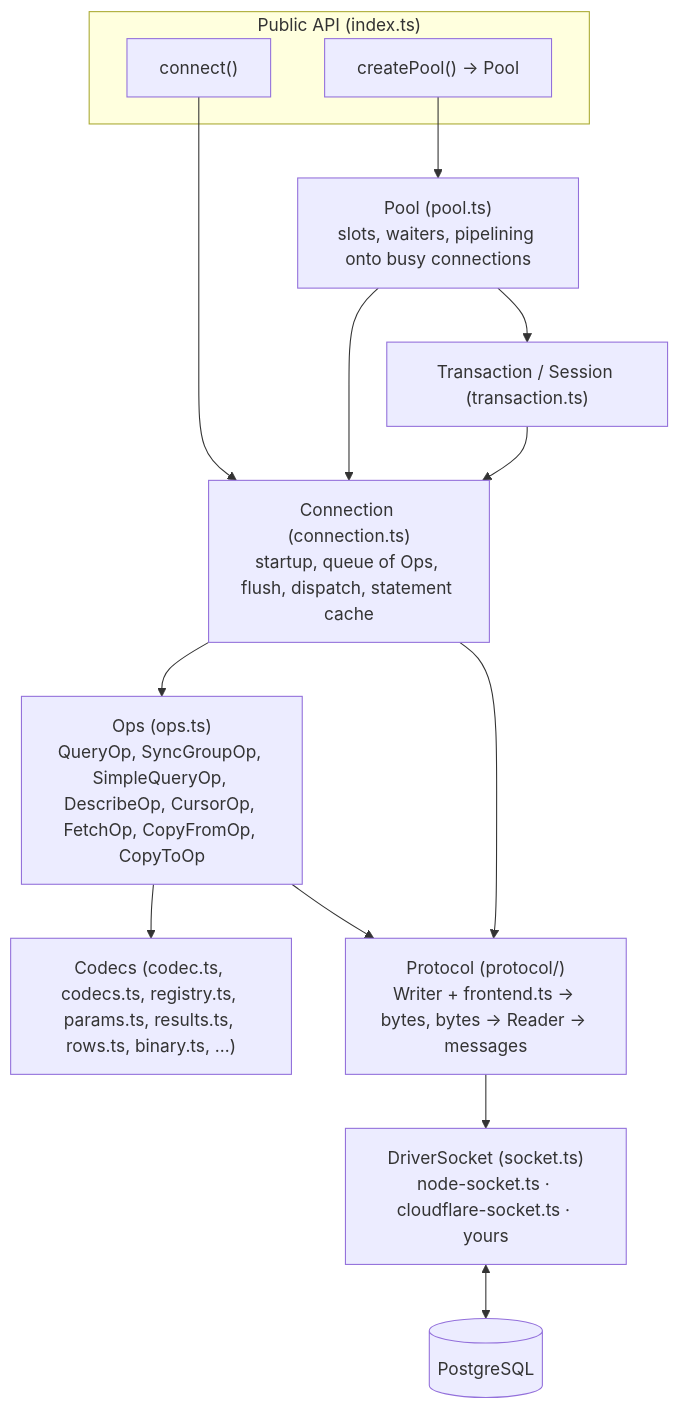
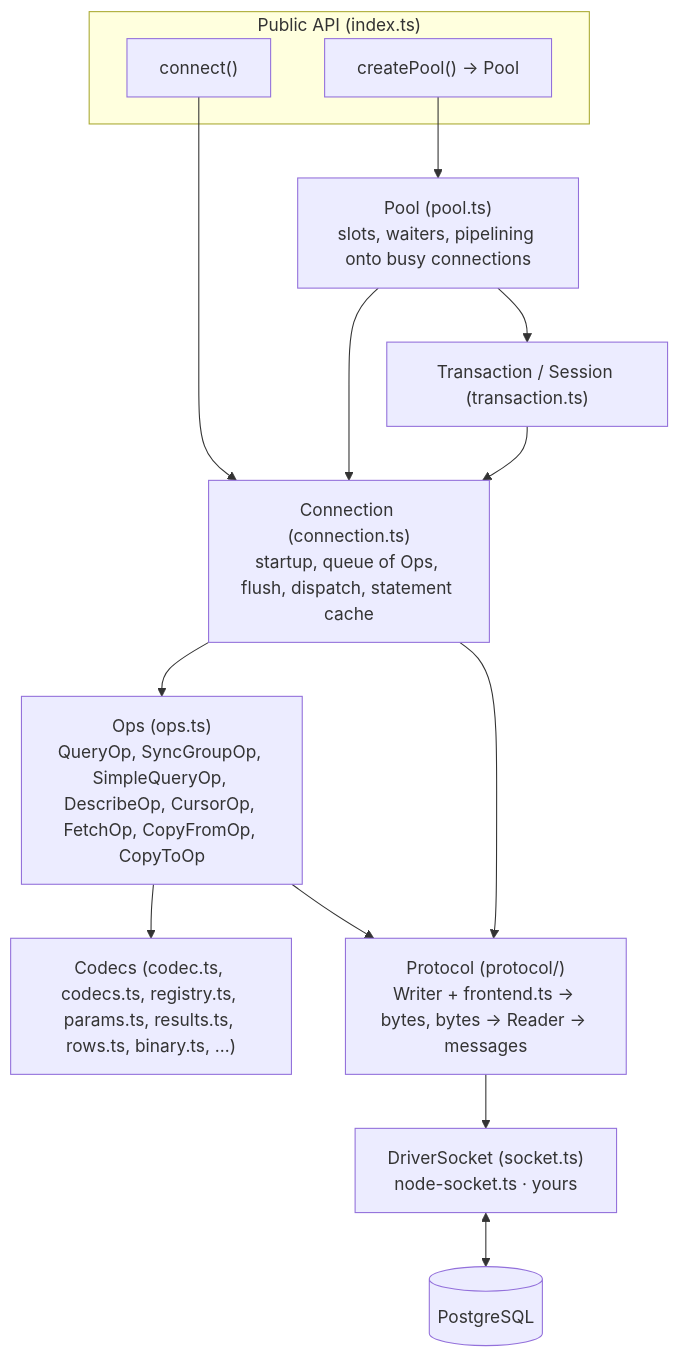
Before and after one commit to shlokdesai33/quarry: the first of 5 diagrams in src/driver/ARCHITECTURE.md, drawn with Mermaid. The commit also changed other lines of this file and 43 other files, not shown here.

````diff
--- a/src/driver/ARCHITECTURE.md
+++ b/src/driver/ARCHITECTURE.md
@@ -78,26 +78,26 @@
 ```mermaid
 flowchart TD
     subgraph API["Public API (index.ts)"]
         connect["connect()"]
         createPool["createPool() → Pool"]
     end
     Pool["Pool (pool.ts)<br/>slots, waiters, pipelining onto busy connections"]
     Tx["Transaction / Session (transaction.ts)"]
     Conn["Connection (connection.ts)<br/>startup, queue of Ops, flush, dispatch, statement cache"]
     Ops["Ops (ops.ts)<br/>QueryOp, SyncGroupOp, SimpleQueryOp, DescribeOp, CursorOp, FetchOp, CopyFromOp, CopyToOp"]
     Codecs["Codecs (codec.ts, codecs.ts, registry.ts, params.ts, results.ts, rows.ts, binary.ts, …)"]
     Proto["Protocol (protocol/)<br/>Writer + frontend.ts → bytes, bytes → Reader → messages"]
-    Sock["DriverSocket (socket.ts)<br/>node-socket.ts · cloudflare-socket.ts · yours"]
+    Sock["DriverSocket (socket.ts)<br/>node-socket.ts · yours"]
     PG[(PostgreSQL)]
     createPool --> Pool
     connect --> Conn
     Pool --> Conn
     Pool --> Tx
     Tx --> Conn
     Conn --> Ops
     Ops --> Codecs
     Ops --> Proto
     Conn --> Proto
     Proto --> Sock
     Sock <--> PG
 ```
````
